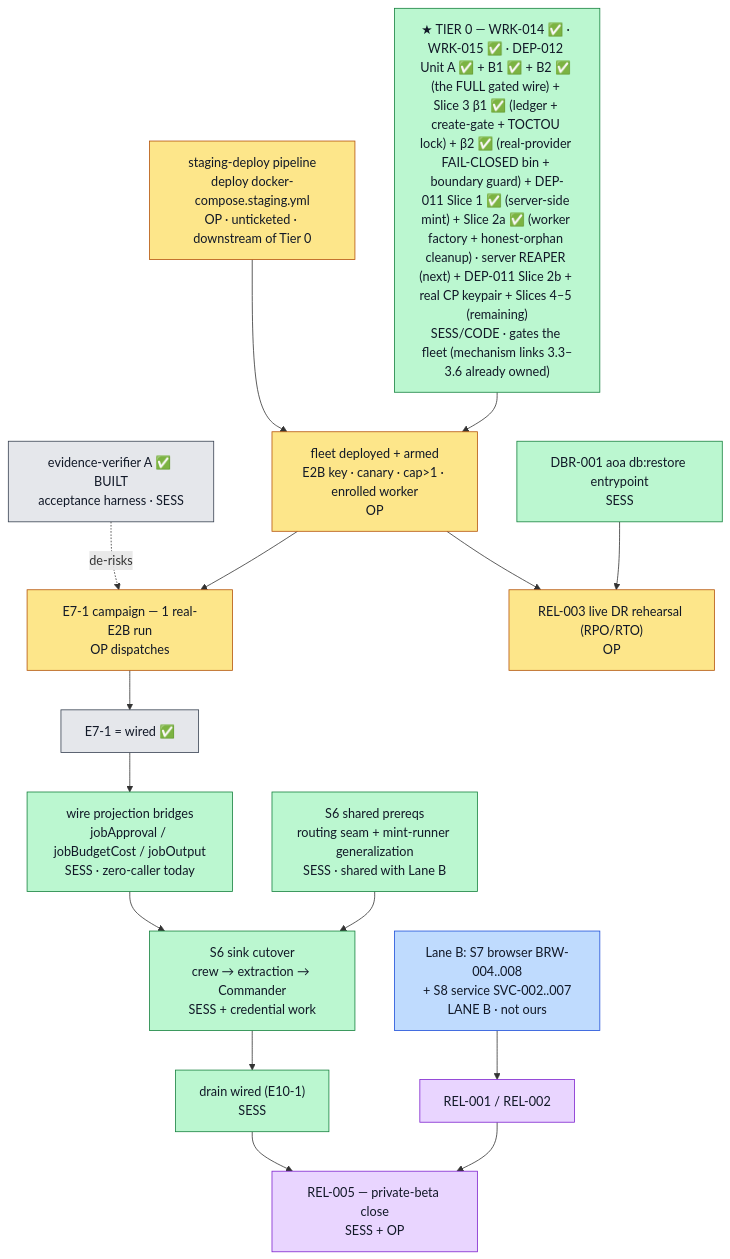
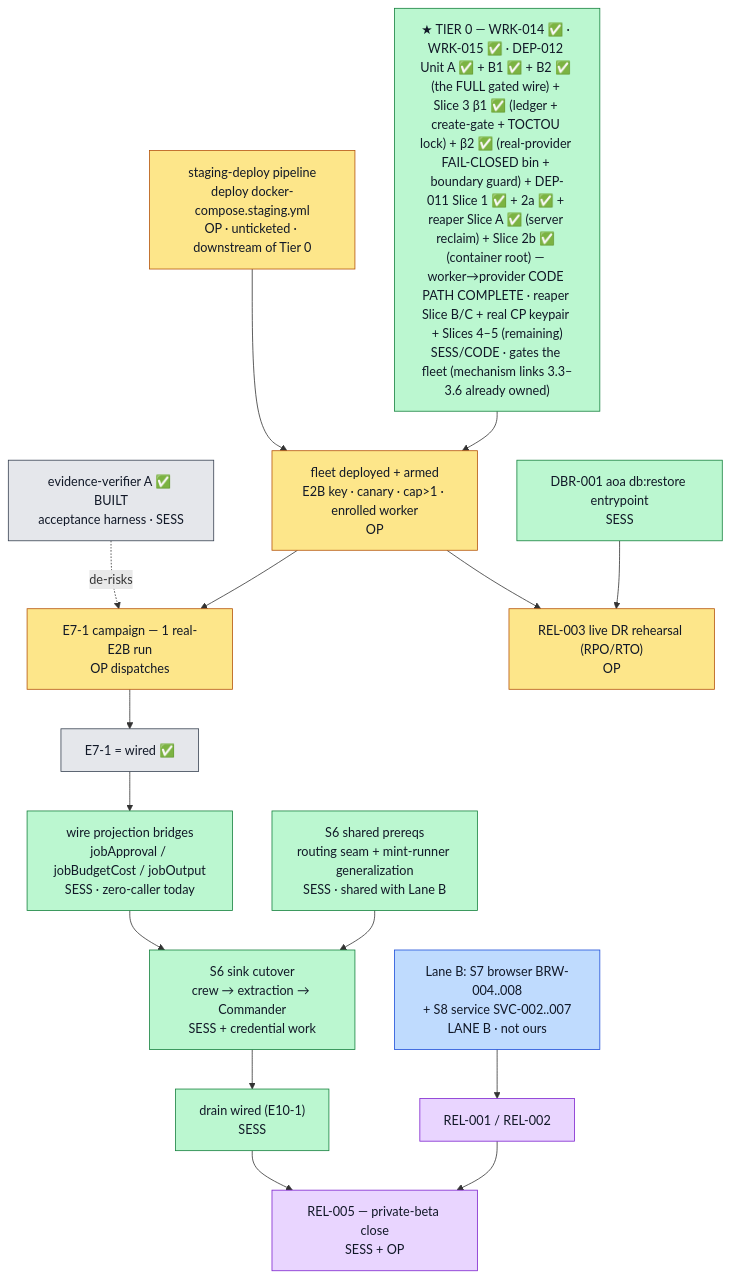
One commit to MeteoriteLabs/AoA changed the diagram in docs/replatform/GO-BOOK.md. Above: the diagram before and after it, drawn with Mermaid. The commit also changed other lines of this file and 1 other file, not shown here.

First line of the commit message:
docs(DEP-011): reaper Slice A + Slice 2b verified CI-green — §R.9 note + go-book

````diff
--- a/docs/replatform/GO-BOOK.md
+++ b/docs/replatform/GO-BOOK.md
@@ -249,34 +257,34 @@
 ```mermaid
 flowchart TD
   V["evidence-verifier A ✅ BUILT<br/>acceptance harness · SESS"]:::done
   C0["staging-deploy pipeline<br/>deploy docker-compose.staging.yml<br/>OP · unticketed · downstream of Tier 0"]:::op
-  D11["★ TIER 0 — WRK-014 ✅ · WRK-015 ✅ · DEP-012 Unit A ✅ + B1 ✅ + B2 ✅ (the FULL gated wire) + Slice 3 β1 ✅ (ledger + create-gate + TOCTOU lock) + β2 ✅ (real-provider FAIL-CLOSED bin + boundary guard) + DEP-011 Slice 1 ✅ (server-side mint) + Slice 2a ✅ (worker factory + honest-orphan cleanup) · server REAPER (next) + DEP-011 Slice 2b + real CP keypair + Slices 4–5 (remaining)<br/>SESS/CODE · gates the fleet (mechanism links 3.3–3.6 already owned)"]:::sess
+  D11["★ TIER 0 — WRK-014 ✅ · WRK-015 ✅ · DEP-012 Unit A ✅ + B1 ✅ + B2 ✅ (the FULL gated wire) + Slice 3 β1 ✅ (ledger + create-gate + TOCTOU lock) + β2 ✅ (real-provider FAIL-CLOSED bin + boundary guard) + DEP-011 Slice 1 ✅ + 2a ✅ + reaper Slice A ✅ (server reclaim) + Slice 2b ✅ (container root) — worker→provider CODE PATH COMPLETE · reaper Slice B/C + real CP keypair + Slices 4–5 (remaining)<br/>SESS/CODE · gates the fleet (mechanism links 3.3–3.6 already owned)"]:::sess
   C2["fleet deployed + armed<br/>E2B key · canary · cap&gt;1 · enrolled worker<br/>OP"]:::op
   C3["E7-1 campaign — 1 real-E2B run<br/>OP dispatches"]:::op
   CW["E7-1 = wired ✅"]:::done
   BR["wire projection bridges<br/>jobApproval / jobBudgetCost / jobOutput<br/>SESS · zero-caller today"]:::sess
   RT["S6 shared prereqs<br/>routing seam + mint-runner generalization<br/>SESS · shared with Lane B"]:::sess
   SK["S6 sink cutover<br/>crew → extraction → Commander<br/>SESS + credential work"]:::sess
   DR["drain wired (E10-1)<br/>SESS"]:::sess
   R5["REL-005 — private-beta close<br/>SESS + OP"]:::mix
   LB["Lane B: S7 browser BRW-004..008<br/>+ S8 service SVC-002..007<br/>LANE B · not ours"]:::laneb
   R1["REL-001 / REL-002"]:::mix
   DBR["DBR-001 aoa db:restore entrypoint<br/>SESS"]:::sess
   R3["REL-003 live DR rehearsal (RPO/RTO)<br/>OP"]:::op
 
   V -.->|de-risks| C3
   C0 --> C2
   D11 --> C2
   C2 --> C3 --> CW --> BR --> SK
   RT --> SK
   SK --> DR --> R5
   LB --> R1 --> R5
   DBR --> R3
   C2 --> R3
 
   classDef op fill:#fde68a,stroke:#b45309,color:#111827;
   classDef sess fill:#bbf7d0,stroke:#15803d,color:#111827;
   classDef laneb fill:#bfdbfe,stroke:#1d4ed8,color:#111827;
   classDef done fill:#e5e7eb,stroke:#374151,color:#111827;
   classDef mix fill:#e9d5ff,stroke:#7e22ce,color:#111827;
 ```
````
